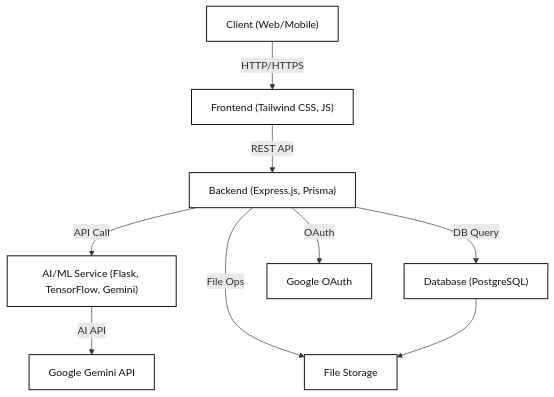
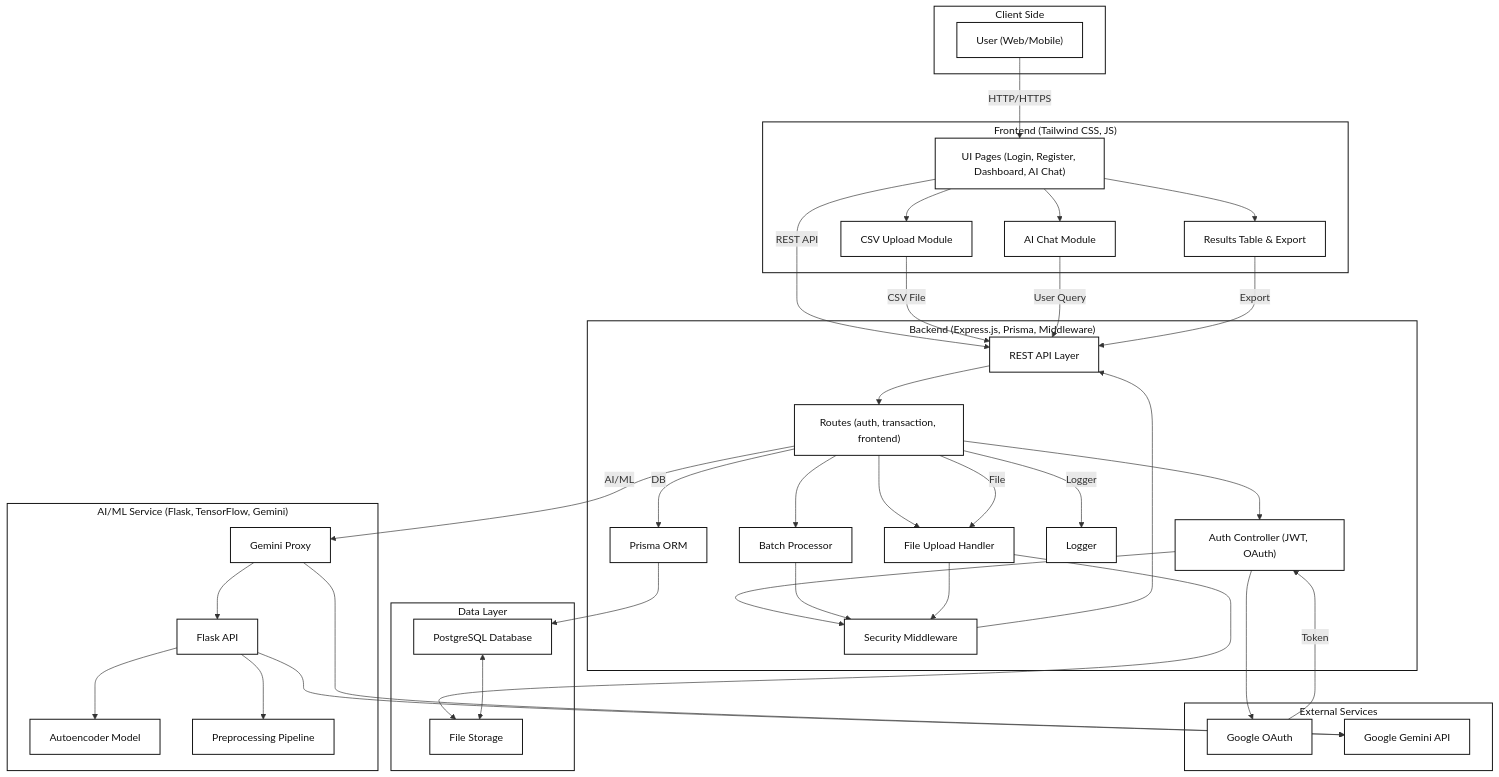
One commit to hasibashari/fraud-detector changed the diagram in README.md. Above: the diagram before and after it, drawn with Mermaid. The commit also changed other lines of this file, not shown here.

Commit message:
refactor: enhance system architecture explanation and update diagram for clarity and modularity

````diff
--- a/README.md
+++ b/README.md
@@ -77,24 +111,76 @@
 ```mermaid
 flowchart TB
-    CLIENT["Client (Web/Mobile)"]
-    FRONTEND["Frontend (Tailwind CSS, JS)"]
-    BACKEND["Backend (Express.js, Prisma)"]
-    AI["AI/ML Service (Flask, TensorFlow, Gemini)"]
-    DB["Database (PostgreSQL)"]
-    STORAGE["File Storage"]
-    OAUTH["Google OAuth"]
-    GEMINI["Google Gemini API"]
+    subgraph CLIENT_SIDE["Client Side"]
+        CLIENT["User (Web/Mobile)"]
+    end
+    subgraph PRESENTATION["Frontend (Tailwind CSS, JS)"]
+        UI["UI Pages (Login, Register, Dashboard, AI Chat)"]
+        UPLOAD["CSV Upload Module"]
+        CHAT["AI Chat Module"]
+        RESULT["Results Table & Export"]
+    end
+    subgraph BACKEND["Backend (Express.js, Prisma, Middleware)"]
+        API["REST API Layer"]
+        AUTH["Auth Controller (JWT, OAuth)"]
+        ROUTES["Routes (auth, transaction, frontend)"]
+        MIDDLEWARE["Security Middleware"]
+        BATCH["Batch Processor"]
+        FILES["File Upload Handler"]
+        LOGGER["Logger"]
+        ORM["Prisma ORM"]
+    end
+    subgraph AI_ML["AI/ML Service (Flask, TensorFlow, Gemini)"]
+        FLASK["Flask API"]
+        MODEL["Autoencoder Model"]
+        PREPROC["Preprocessing Pipeline"]
+        GEMINI_PROXY["Gemini Proxy"]
+    end
+    subgraph DATA["Data Layer"]
+        DB["PostgreSQL Database"]
+        STORAGE["File Storage"]
+    end
+    subgraph EXTERNAL["External Services"]
+        OAUTH["Google OAuth"]
+        GEMINI["Google Gemini API"]
+    end
 
-    CLIENT -->|HTTP/HTTPS| FRONTEND
-    FRONTEND -->|REST API| BACKEND
-    BACKEND -->|API Call| AI
-    BACKEND -->|DB Query| DB
-    BACKEND -->|File Ops| STORAGE
-    BACKEND -->|OAuth| OAUTH
-    AI -->|AI API| GEMINI
-    DB --> STORAGE
+    CLIENT -->|HTTP/HTTPS| UI
+    UI --> UPLOAD
+    UI --> CHAT
+    UI --> RESULT
+    UI -->|REST API| API
+    UPLOAD -->|CSV File| API
+    CHAT -->|User Query| API
+    RESULT -->|Export| API
+
+    API --> ROUTES
+    ROUTES --> AUTH
+    ROUTES --> BATCH
+    ROUTES --> FILES
+    ROUTES -->|AI/ML| GEMINI_PROXY
+    ROUTES -->|DB| ORM
+    ROUTES -->|File| FILES
+    ROUTES -->|Logger| LOGGER
+    AUTH --> MIDDLEWARE
+    BATCH --> MIDDLEWARE
+    FILES --> MIDDLEWARE
+    MIDDLEWARE --> API
+    ORM --> DB
+    FILES --> STORAGE
+
+    GEMINI_PROXY --> FLASK
+    FLASK --> MODEL
+    FLASK --> PREPROC
+    FLASK --> GEMINI
+    GEMINI_PROXY --> GEMINI
+
+    AUTH --> OAUTH
+    OAUTH -->|Token| AUTH
+
+    DB <--> STORAGE
 
     %% Styling: Black & White only
     classDef bw fill:#fff,color:#111,stroke:#111,stroke-width:1.5px;
-    class CLIENT,FRONTEND,BACKEND,AI,DB,STORAGE,OAUTH,GEMINI bw;
+    class CLIENT,UI,UPLOAD,CHAT,RESULT,API,AUTH,ROUTES,MIDDLEWARE,BATCH,FILES,LOGGER,ORM,FLASK,MODEL,PREPROC,GEMINI_PROXY,DB,STORAGE,OAUTH,GEMINI bw;
+    class CLIENT_SIDE,PRESENTATION,BACKEND,AI_ML,DATA,EXTERNAL bw;
 ```
````
